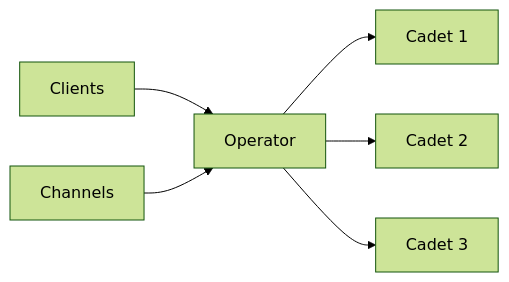
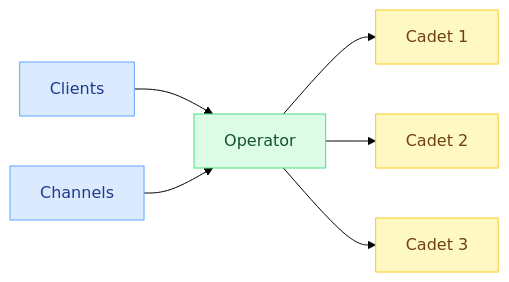
The first of 2 diagrams in clients/docs/src/content/architecture.md (vargasjr-dev/mycadet-temp), drawn with Mermaid (forest theme) before and after one commit. The commit also changed other lines of this file and 2 other files, not shown here.

First line of the commit message:
docs: finish the architecture page TODOs

````diff
--- a/clients/docs/src/content/architecture.md
+++ b/clients/docs/src/content/architecture.md
@@ -16,15 +11,19 @@
 ```mermaid
 flowchart LR
-  Clients["Clients"]
-  Channels["Channels"]
-  Operator["Operator"]
-  Cadet1["Cadet 1"]
-  Cadet2["Cadet 2"]
-  Cadet3["Cadet 3"]
+  classDef clients fill:#dbeafe,stroke:#60a5fa,color:#1e3a8a
+  classDef operator fill:#dcfce7,stroke:#4ade80,color:#14532d
+  classDef cadet fill:#fef9c3,stroke:#facc15,color:#713f12
+
+  Clients["Clients"]:::clients
+  Channels["Channels"]:::clients
+  Operator["Operator"]:::operator
+  Cadet1["Cadet 1"]:::cadet
+  Cadet2["Cadet 2"]:::cadet
+  Cadet3["Cadet 3"]:::cadet
 
   Clients --> Operator
   Channels --> Operator
   Operator --> Cadet1
   Operator --> Cadet2
   Operator --> Cadet3
 ```
````
